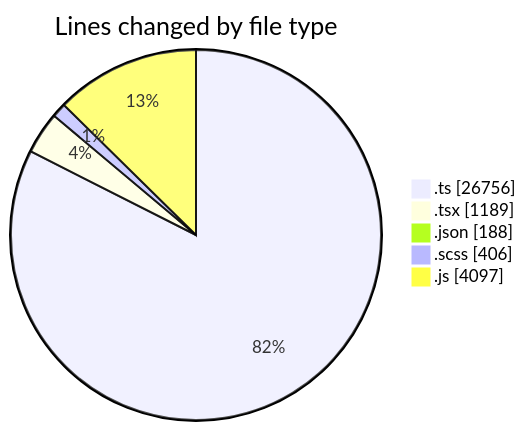
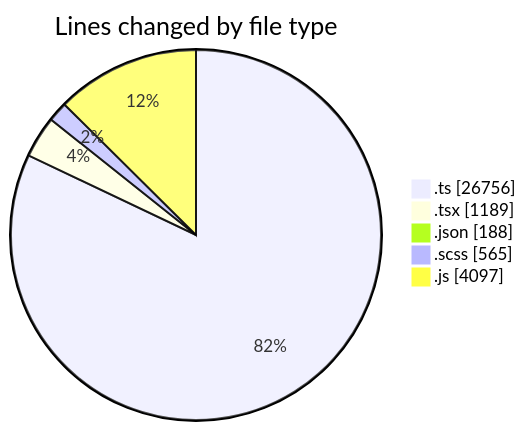
The first of 2 diagrams in 2026-05-07/cda/README.md (momahboobian/code-tracking), drawn with Mermaid before and after one commit. The commit also changed other lines of this file and 1 other file, not shown here.

````diff
--- a/2026-05-07/cda/README.md
+++ b/2026-05-07/cda/README.md
@@ -46,9 +46,9 @@
 ```mermaid
 pie showData
 title Lines changed by file type
 ".ts" : 26756
 ".tsx" : 1189
 ".json" : 188
-".scss" : 406
+".scss" : 565
 ".js" : 4097
 ```
````
